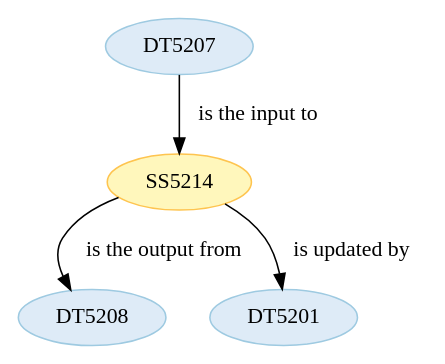
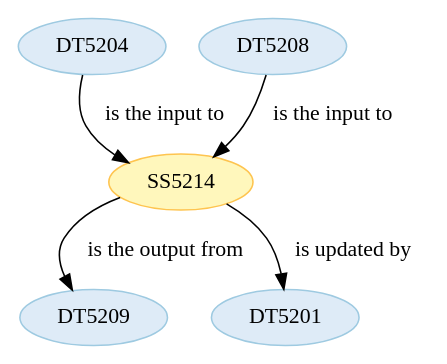
The diagram in wf5201/ST520114.dot (Marco-Salvi/cwl-test), drawn with Graphviz before and after one commit. The commit also changed 24 other files, not shown here.

```diff
--- a/wf5201/ST520114.dot
+++ b/wf5201/ST520114.dot
@@ -1,18 +1,22 @@
 strict digraph {
 
 
-	"DT5207" [ color="2", colorscheme="blues3", fillcolor="1", style="filled",  weight=0 ];
+	"DT5204" [ color="2", colorscheme="blues3", fillcolor="1", style="filled",  weight=0 ];
 
-	"DT5207" -> "SS5214" [ label="is the input to", labeltooltip="DT5207 - is the input to - SS5214",  weight=0 ];
+	"DT5204" -> "SS5214" [ label="is the input to", labeltooltip="DT5204 - is the input to - SS5214",  weight=0 ];
 
 	"DT5208" [ color="2", colorscheme="blues3", fillcolor="1", style="filled",  weight=0 ];
+
+	"DT5208" -> "SS5214" [ label="is the input to", labeltooltip="DT5208 - is the input to - SS5214",  weight=0 ];
+
+	"DT5209" [ color="2", colorscheme="blues3", fillcolor="1", style="filled",  weight=0 ];
 
 	"SS5214" [ color="2", colorscheme="ylorbr3", fillcolor="1", style="filled",  weight=0 ];
 
 	"SS5214" -> "DT5201" [ label="is updated by", labeltooltip="DT5201 - is updated by - SS5214",  weight=0 ];
 
-	"SS5214" -> "DT5208" [ label="is the output from", labeltooltip="DT5208 - is the output from - SS5214",  weight=0 ];
+	"SS5214" -> "DT5209" [ label="is the output from", labeltooltip="DT5209 - is the output from - SS5214",  weight=0 ];
 
 	"DT5201" [ color="2", colorscheme="blues3", fillcolor="1", style="filled",  weight=0 ];
 
 }
```
